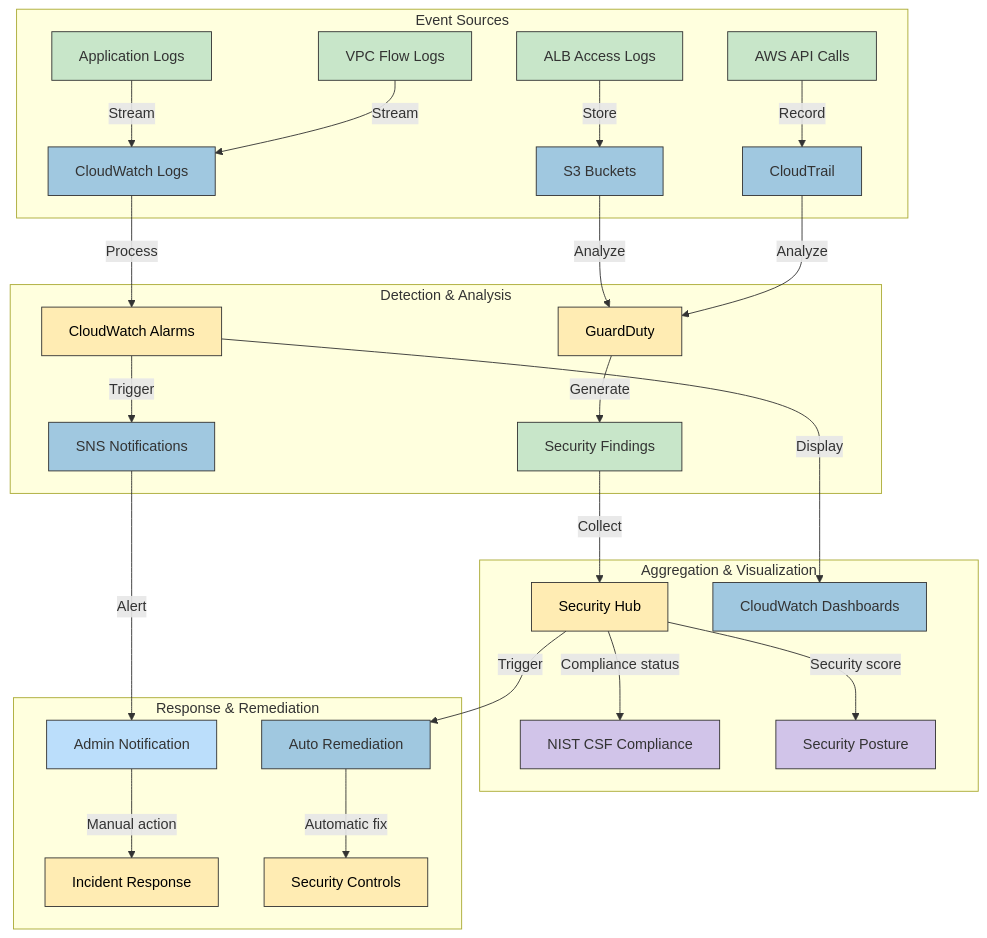
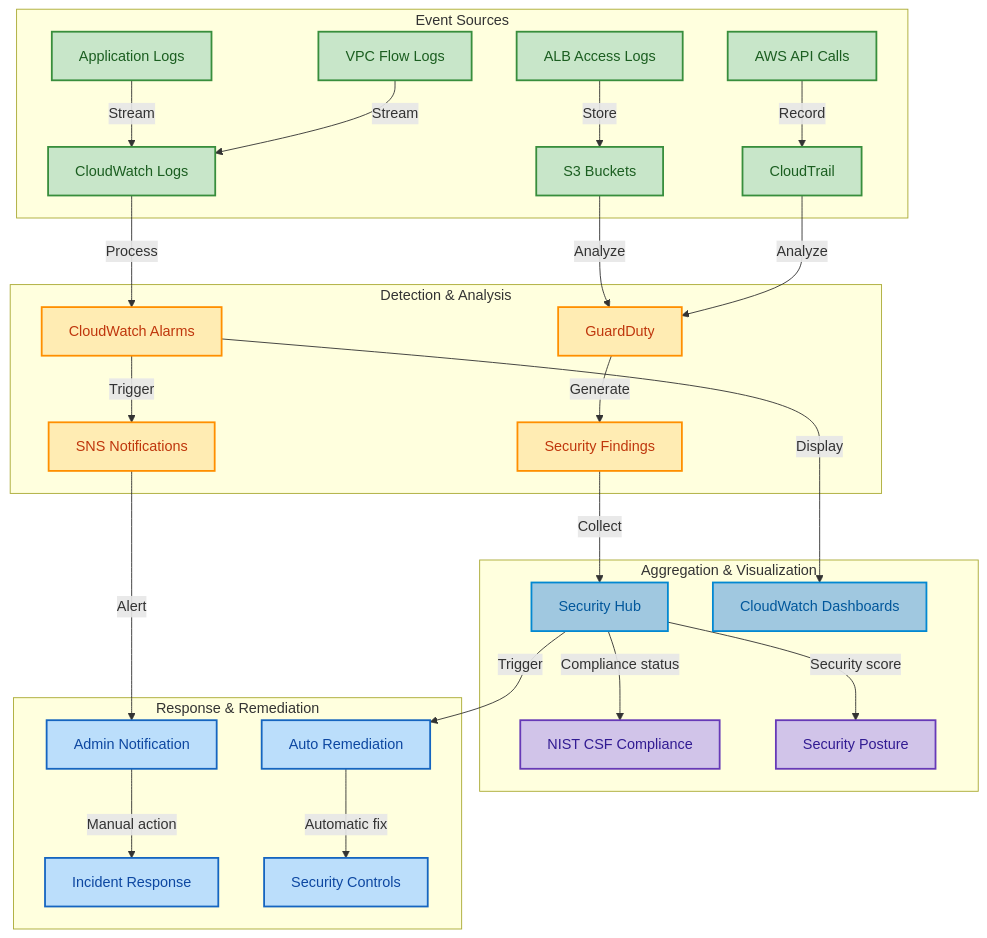
One commit to Hack23/cia changed the fifth of 12 diagrams in SECURITY_ARCHITECTURE.md. Above: the diagram before and after it, drawn with Mermaid. The commit also changed other lines of this file, not shown here.

````diff
--- a/SECURITY_ARCHITECTURE.md
+++ b/SECURITY_ARCHITECTURE.md
@@ -362,54 +361,48 @@
 ```mermaid
 flowchart TD
+    %% Node styling classes
+    classDef logNode fill:#c8e6c9,stroke:#388e3c,stroke-width:2px,color:#1b5e20
+    classDef alertNode fill:#ffecb3,stroke:#ff8f00,stroke-width:2px,color:#bf360c
+    classDef dashboardNode fill:#a0c8e0,stroke:#0288d1,stroke-width:2px,color:#01579b
+    classDef complianceNode fill:#d1c4e9,stroke:#673ab7,stroke-width:2px,color:#311b92
+    classDef responderNode fill:#bbdefb,stroke:#1565c0,stroke-width:2px,color:#0d47a1
+    
     subgraph "Event Sources"
         A1[Application Logs] -->|Stream| B[CloudWatch Logs]
         A2[VPC Flow Logs] -->|Stream| B
         A3[ALB Access Logs] -->|Store| C[S3 Buckets]
         A4[AWS API Calls] -->|Record| D[CloudTrail]
     end
     
     subgraph "Detection & Analysis"
         B -->|Process| E[CloudWatch Alarms]
         C -->|Analyze| F[GuardDuty]
         D -->|Analyze| F
         
         E -->|Trigger| G[SNS Notifications]
         F -->|Generate| H[Security Findings]
     end
     
     subgraph "Aggregation & Visualization"
         H -->|Collect| I[Security Hub]
         E -->|Display| J[CloudWatch Dashboards]
         
         I -->|Compliance status| K[NIST CSF Compliance]
         I -->|Security score| L[Security Posture]
     end
     
     subgraph "Response & Remediation"
         G -->|Alert| M[Admin Notification]
         I -->|Trigger| N[Auto Remediation]
         
         M -->|Manual action| O[Incident Response]
         N -->|Automatic fix| P[Security Controls]
     end
     
-    style A1 fill:#c8e6c9,stroke:#333,stroke-width:1px
-    style A2 fill:#c8e6c9,stroke:#333,stroke-width:1px
-    style A3 fill:#c8e6c9,stroke:#333,stroke-width:1px
-    style A4 fill:#c8e6c9,stroke:#333,stroke-width:1px
-    style B fill:#a0c8e0,stroke:#333,stroke-width:1px
-    style C fill:#a0c8e0,stroke:#333,stroke-width:1px
-    style D fill:#a0c8e0,stroke:#333,stroke-width:1px
-    style E fill:#ffecb3,stroke:#333,stroke-width:1px,color:black
-    style F fill:#ffecb3,stroke:#333,stroke-width:1px,color:black
-    style G fill:#a0c8e0,stroke:#333,stroke-width:1px
-    style H fill:#c8e6c9,stroke:#333,stroke-width:1px
-    style I fill:#ffecb3,stroke:#333,stroke-width:1px,color:black
-    style J fill:#a0c8e0,stroke:#333,stroke-width:1px
-    style K fill:#d1c4e9,stroke:#333,stroke-width:1px
-    style L fill:#d1c4e9,stroke:#333,stroke-width:1px
-    style M fill:#bbdefb,stroke:#333,stroke-width:1px
-    style N fill:#a0c8e0,stroke:#333,stroke-width:1px
-    style O fill:#ffecb3,stroke:#333,stroke-width:1px,color:black
-    style P fill:#ffecb3,stroke:#333,stroke-width:1px,color:black
+    %% Apply styling classes
+    class A1,A2,A3,A4,B,C,D logNode
+    class E,F,G,H alertNode
+    class I,J dashboardNode
+    class K,L complianceNode
+    class M,N,O,P responderNode
 ```
````
